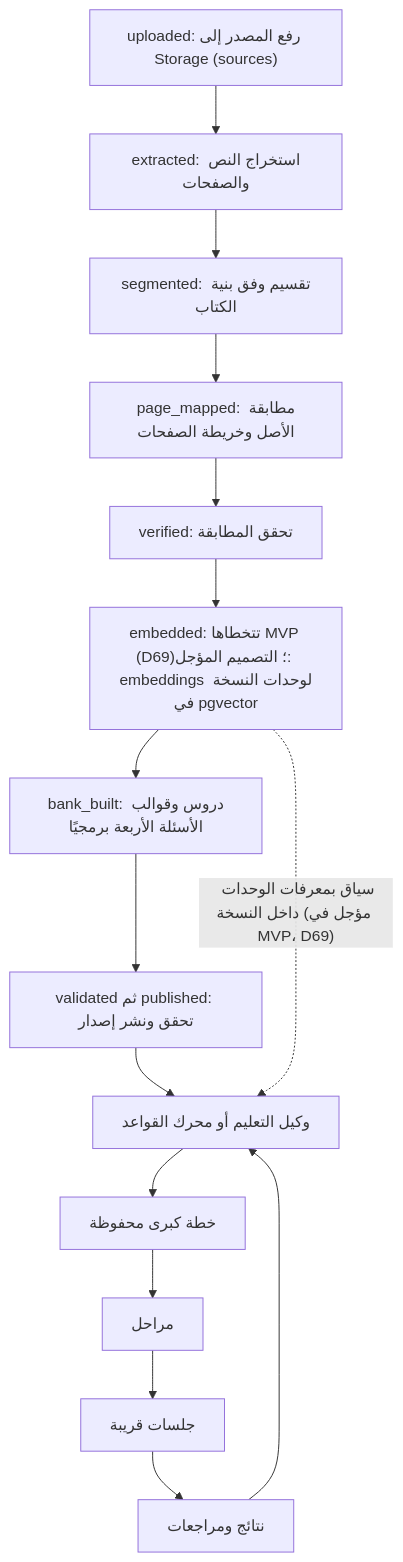
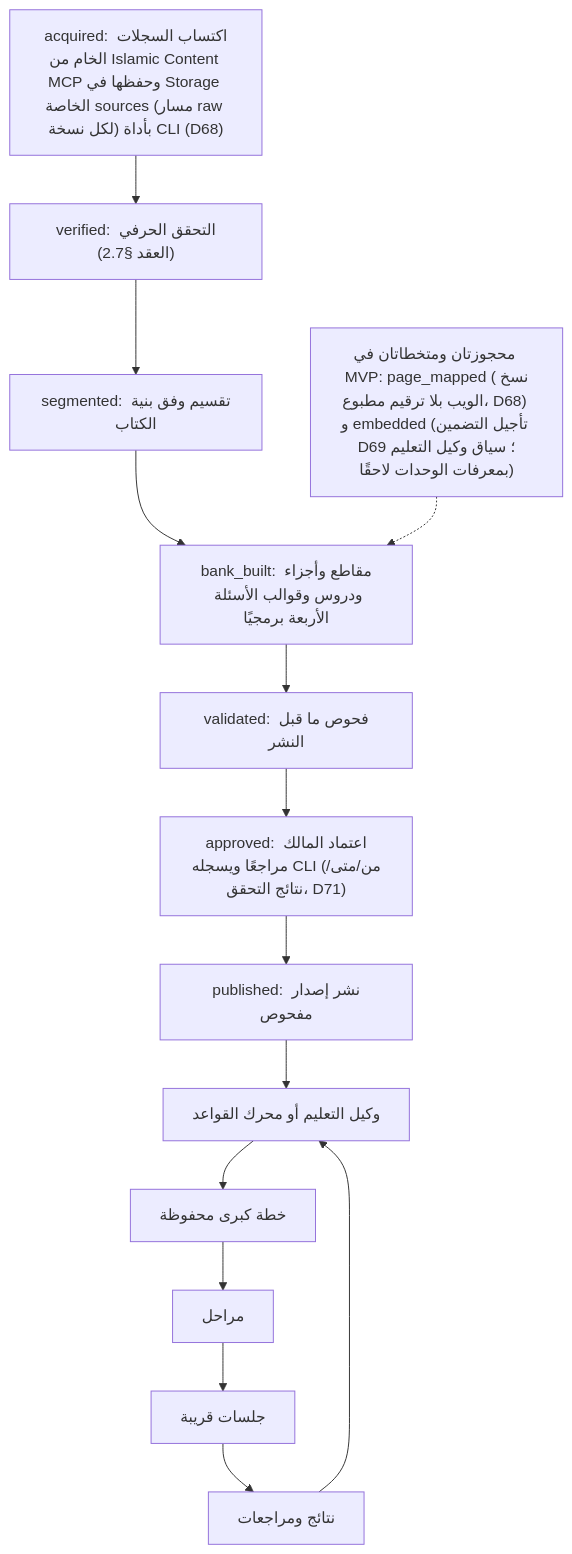
One commit to ibrashdev/qatra-app changed the first of 2 diagrams in docs/Architecture-and-data.md. Above: the diagram before and after it, drawn with Mermaid. The commit also changed other lines of this file and 1 other file, not shown here.

First line of the commit message:
Add full database schema and ERD (architecture, Needs Review)

````diff
--- a/docs/Architecture-and-data.md
+++ b/docs/Architecture-and-data.md
@@ -28,17 +28,16 @@
 ```mermaid
 flowchart TD
-    S["uploaded: رفع المصدر إلى Storage (sources)"] --> X["extracted: استخراج النص والصفحات"]
-    X --> SG["segmented: تقسيم وفق بنية الكتاب"]
-    SG --> PM["page_mapped: مطابقة الأصل وخريطة الصفحات"]
-    PM --> VF["verified: تحقق المطابقة"]
-    VF --> EM["embedded: تتخطاها MVP (D69)؛ التصميم المؤجل: embeddings لوحدات النسخة في pgvector"]
-    EM --> B["bank_built: دروس وقوالب الأسئلة الأربعة برمجيًا"]
-    B --> VL["validated ثم published: تحقق ونشر إصدار"]
-    VL --> P["وكيل التعليم أو محرك القواعد"]
-    EM -.->|"سياق بمعرفات الوحدات داخل النسخة (مؤجل في MVP، D69)"| P
+    A["acquired: اكتساب السجلات الخام من Islamic Content MCP وحفظها في Storage الخاصة sources (مسار raw لكل نسخة) بأداة CLI (D68)"] --> VF["verified: التحقق الحرفي (العقد §2.7)"]
+    VF --> SG["segmented: تقسيم وفق بنية الكتاب"]
+    SG --> B["bank_built: مقاطع وأجزاء ودروس وقوالب الأسئلة الأربعة برمجيًا"]
+    B --> VL["validated: فحوص ما قبل النشر"]
+    VL --> AP["approved: اعتماد المالك مراجعًا ويسجله CLI (من/متى/نتائج التحقق، D71)"]
+    AP --> PB["published: نشر إصدار مفحوص"]
+    PB --> P["وكيل التعليم أو محرك القواعد"]
     P --> M["خطة كبرى محفوظة"]
     M --> G["مراحل"]
     G --> D["جلسات قريبة"]
     D --> E["نتائج ومراجعات"]
     E --> P
+    SK["محجوزتان ومتخطاتان في MVP: page_mapped (نسخ الويب بلا ترقيم مطبوع، D68) و embedded (تأجيل التضمين D69؛ سياق وكيل التعليم بمعرفات الوحدات لاحقًا)"] -.-> B
 ```
````
